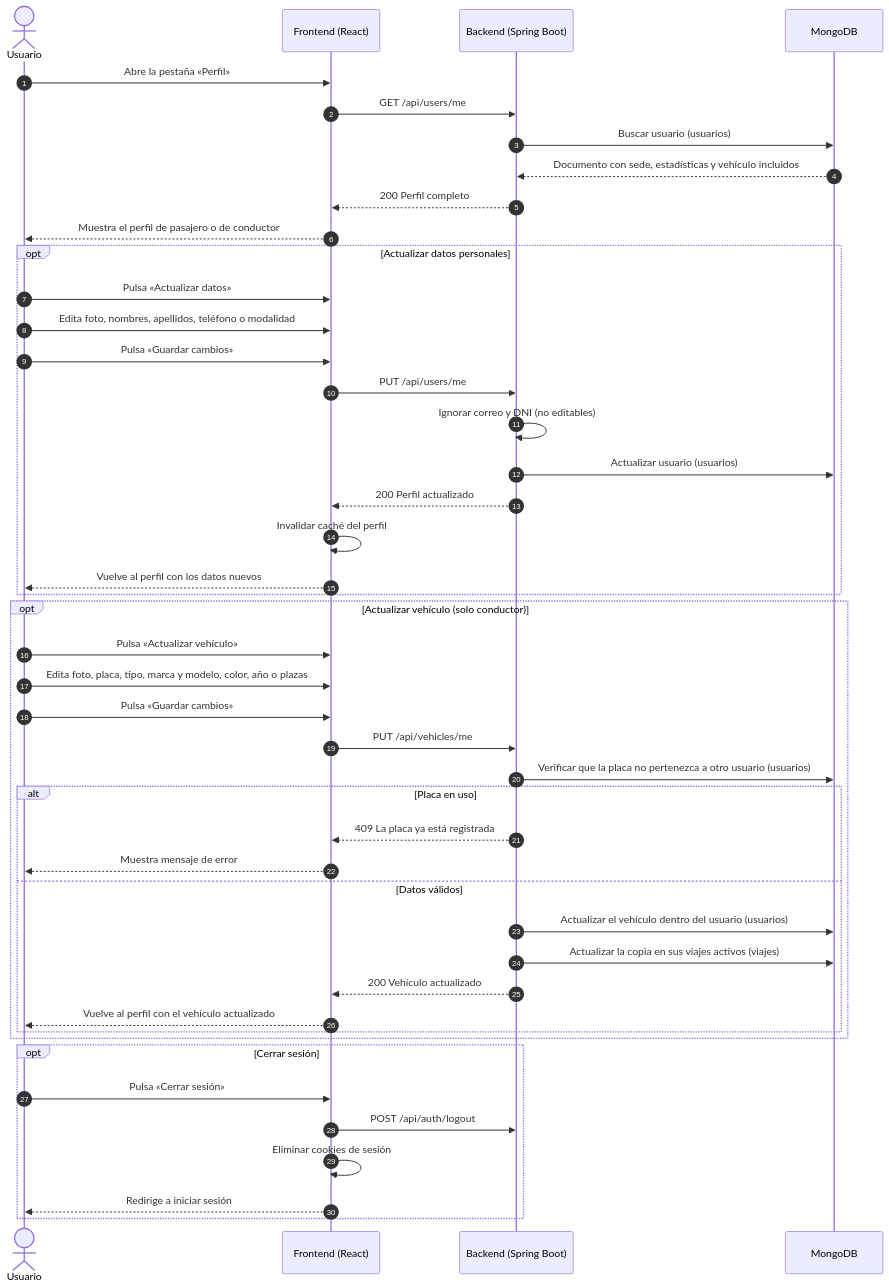
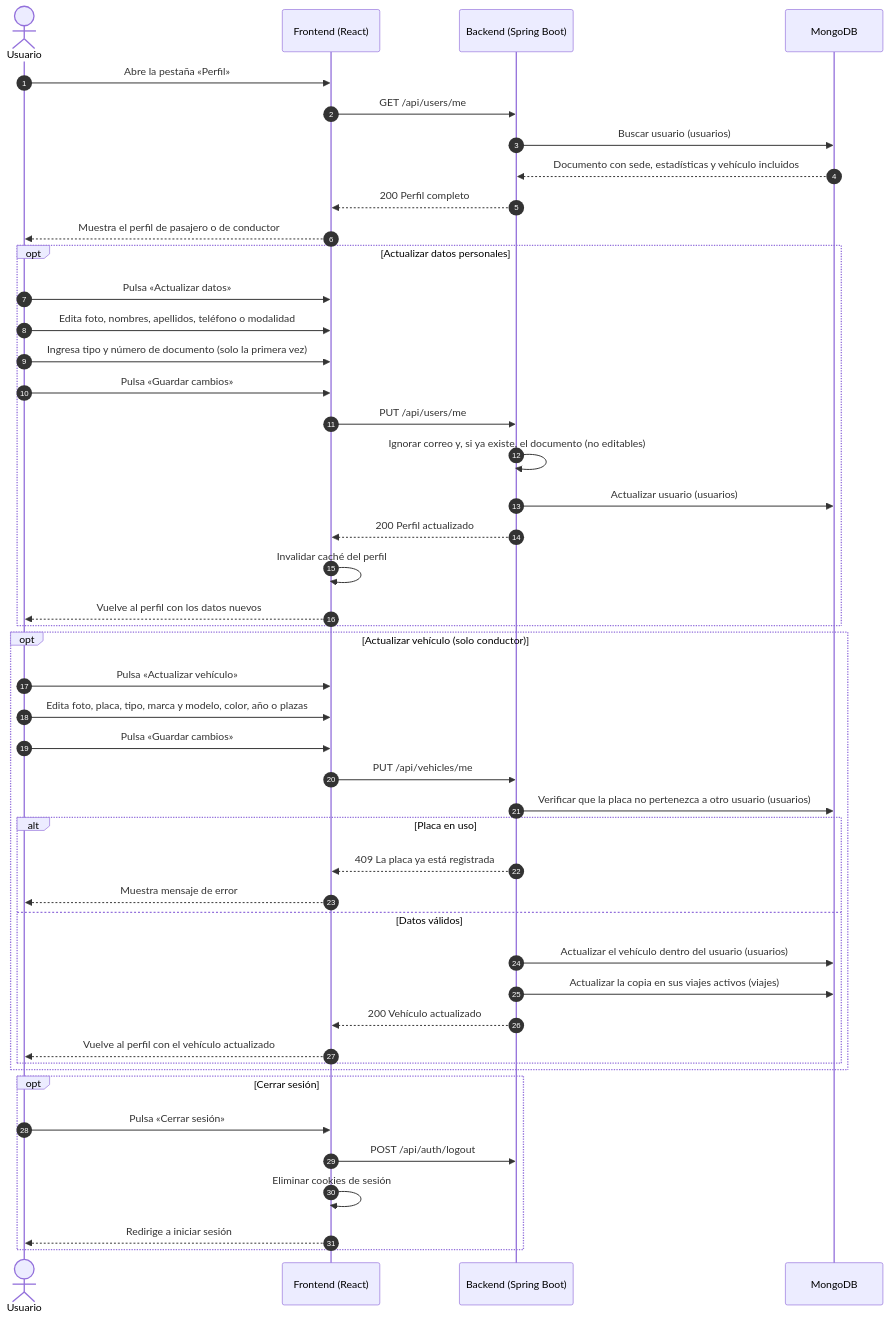
Before and after one commit to manuelguarniz/mono-movilidad-colaborativa: the seventh of 7 diagrams in README.md, drawn with Mermaid. The commit also changed other lines of this file and 1 other file, not shown here.

````diff
--- a/README.md
+++ b/README.md
@@ -687,51 +690,52 @@
 ```mermaid
 sequenceDiagram
     autonumber
     actor U as Usuario
     participant FE as Frontend (React)
     participant API as Backend (Spring Boot)
     participant DB as MongoDB
 
     U->>FE: Abre la pestaña «Perfil»
     FE->>API: GET /api/users/me
     API->>DB: Buscar usuario (usuarios)
     DB-->>API: Documento con sede, estadísticas y vehículo incluidos
     API-->>FE: 200 Perfil completo
     FE-->>U: Muestra el perfil de pasajero o de conductor
 
     opt Actualizar datos personales
         U->>FE: Pulsa «Actualizar datos»
         U->>FE: Edita foto, nombres, apellidos, teléfono o modalidad
+        U->>FE: Ingresa tipo y número de documento (solo la primera vez)
         U->>FE: Pulsa «Guardar cambios»
         FE->>API: PUT /api/users/me
-        API->>API: Ignorar correo y DNI (no editables)
+        API->>API: Ignorar correo y, si ya existe, el documento (no editables)
         API->>DB: Actualizar usuario (usuarios)
         API-->>FE: 200 Perfil actualizado
         FE->>FE: Invalidar caché del perfil
         FE-->>U: Vuelve al perfil con los datos nuevos
     end
 
     opt Actualizar vehículo (solo conductor)
         U->>FE: Pulsa «Actualizar vehículo»
         U->>FE: Edita foto, placa, tipo, marca y modelo, color, año o plazas
         U->>FE: Pulsa «Guardar cambios»
         FE->>API: PUT /api/vehicles/me
         API->>DB: Verificar que la placa no pertenezca a otro usuario (usuarios)
         alt Placa en uso
             API-->>FE: 409 La placa ya está registrada
             FE-->>U: Muestra mensaje de error
         else Datos válidos
             API->>DB: Actualizar el vehículo dentro del usuario (usuarios)
             API->>DB: Actualizar la copia en sus viajes activos (viajes)
             API-->>FE: 200 Vehículo actualizado
             FE-->>U: Vuelve al perfil con el vehículo actualizado
         end
     end
 
     opt Cerrar sesión
         U->>FE: Pulsa «Cerrar sesión»
         FE->>API: POST /api/auth/logout
         FE->>FE: Eliminar cookies de sesión
         FE-->>U: Redirige a iniciar sesión
     end
 ```
````
